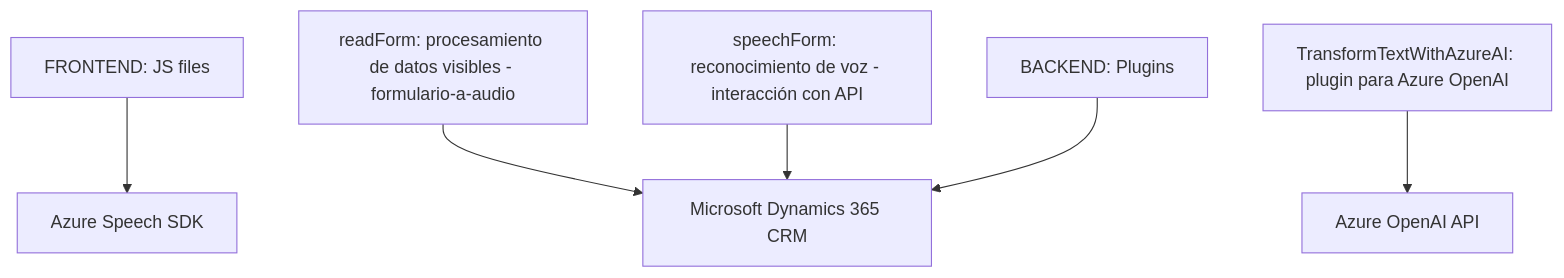
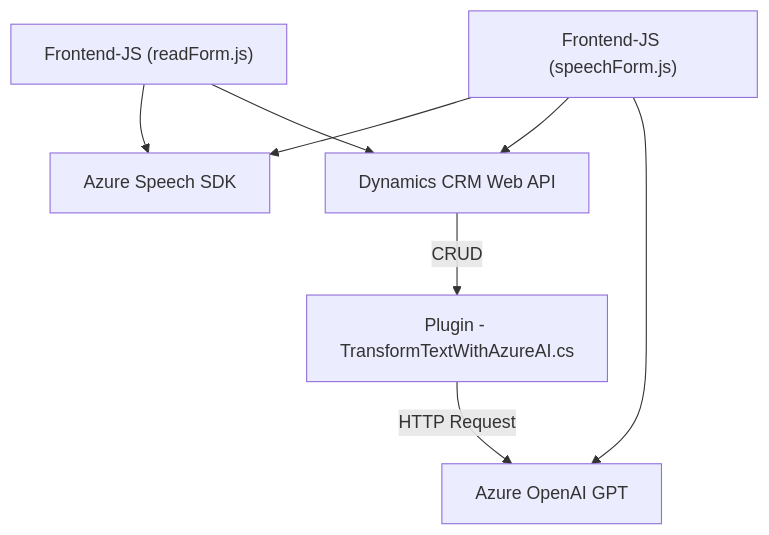
The diagram in README.md (blopezdm/NETCORE_BILBAO2025), drawn with Mermaid before and after one commit. The commit also changed other lines of this file, not shown here.

Commit message:
Actualizar análisis global de la solución con IA

````diff
--- a/README.md
+++ b/README.md
@@ -44,19 +57,17 @@
 ```mermaid
 graph TD
-    AzureSpeechSDK["Azure Speech SDK"]
-    AzureOpenAI["Azure OpenAI API"]
+    A["Frontend-JS (readForm.js)"]
+    B["Frontend-JS (speechForm.js)"]
+    C["Plugin - TransformTextWithAzureAI.cs"]
+    D["Azure Speech SDK"]
+    E["Azure OpenAI GPT"]
+    F["Dynamics CRM Web API"]
     
-    Dynamics365["Microsoft Dynamics 365 CRM"]
-    Frontend["FRONTEND: JS files"]
-    Backend["BACKEND: Plugins"]
-    
-    FrontendJS1["readForm: procesamiento de datos visibles - formulario-a-audio"]
-    FrontendJS2["speechForm: reconocimiento de voz - interacción con API"]
-    BackendPlugin1["TransformTextWithAzureAI: plugin para Azure OpenAI"]
-    
-    Frontend --> AzureSpeechSDK
-    FrontendJS1 --> Dynamics365
-    FrontendJS2 --> Dynamics365
-    BackendPlugin1 --> AzureOpenAI
-    Backend --> Dynamics365
+    A --> D
+    A --> F
+    B --> D
+    B --> F
+    B --> E
+    F -->|CRUD| C
+    C -->|HTTP Request| E
 ```
````
